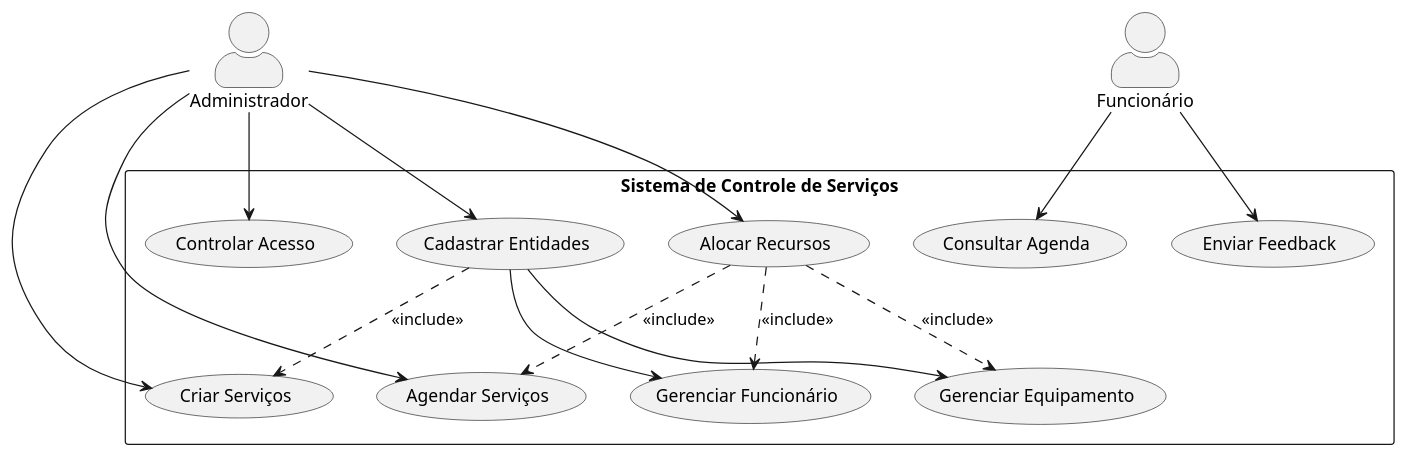
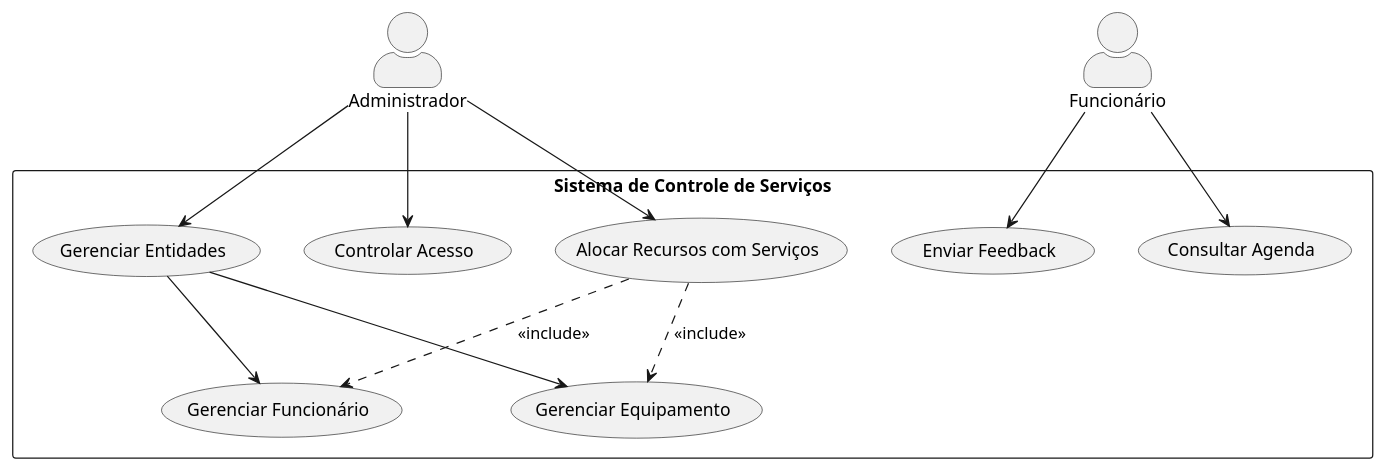
The diagram in Documentação/DiagramaCasoUso.puml (IcoEzequiel/2PiStudio_EstSuper), drawn with PlantUML before and after one commit. The commit also changed 1 other file, not shown here.

Commit message:
Correção dos diagramas

```diff
--- a/Documentação/DiagramaCasoUso.puml
+++ b/Documentação/DiagramaCasoUso.puml
@@ -1,40 +1,34 @@
 @startuml
 
 'Atores
 skinparam actorStyle awesome
 actor "Administrador" as Admin
 actor "Funcionário" as Func
 
 'Verbos
 rectangle "Sistema de Controle de Serviços" {
   
-  usecase "Cadastrar Entidades" as RF1
-  usecase "Criar Serviços" as RF2
-  usecase "Alocar Recursos" as RF3
-  usecase "Agendar Serviços" as RF4
+  usecase "Gerenciar Entidades" as RF1
+  usecase "Alocar Recursos com Serviços" as RF3
   usecase "Controlar Acesso" as RF5
   usecase "Enviar Feedback" as RF6
   usecase "Consultar Agenda" as RF7
   usecase "Gerenciar Funcionário" as RF8
   usecase "Gerenciar Equipamento" as RF9
 
 
 }
 
 Admin --> RF1
-Admin --> RF2
 Admin --> RF3
-Admin --> RF4
 Admin --> RF5
 
 Func --> RF6
 Func --> RF7
 
 RF1 --> RF8
 RF1 --> RF9
 
-RF1 ..> RF2 : <<include>>
-RF3 ..> RF4 : <<include>>
 RF3 ..> RF8 : <<include>>
 RF3 ..> RF9 : <<include>>
 @enduml
```
